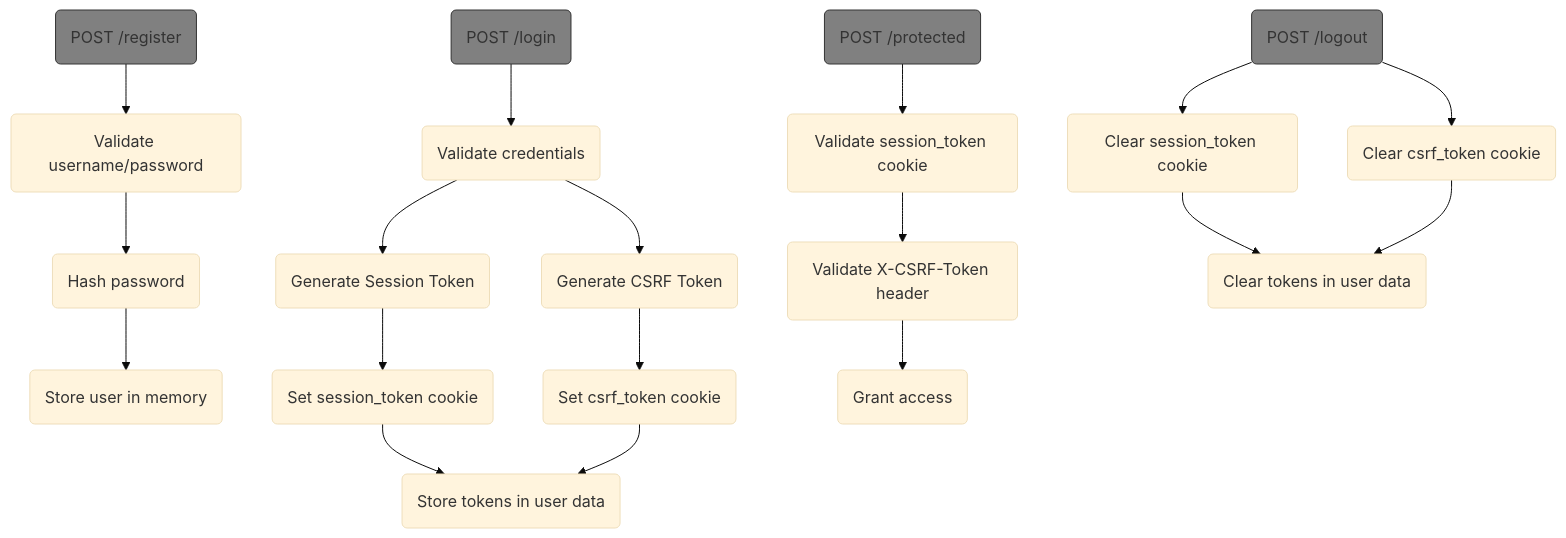
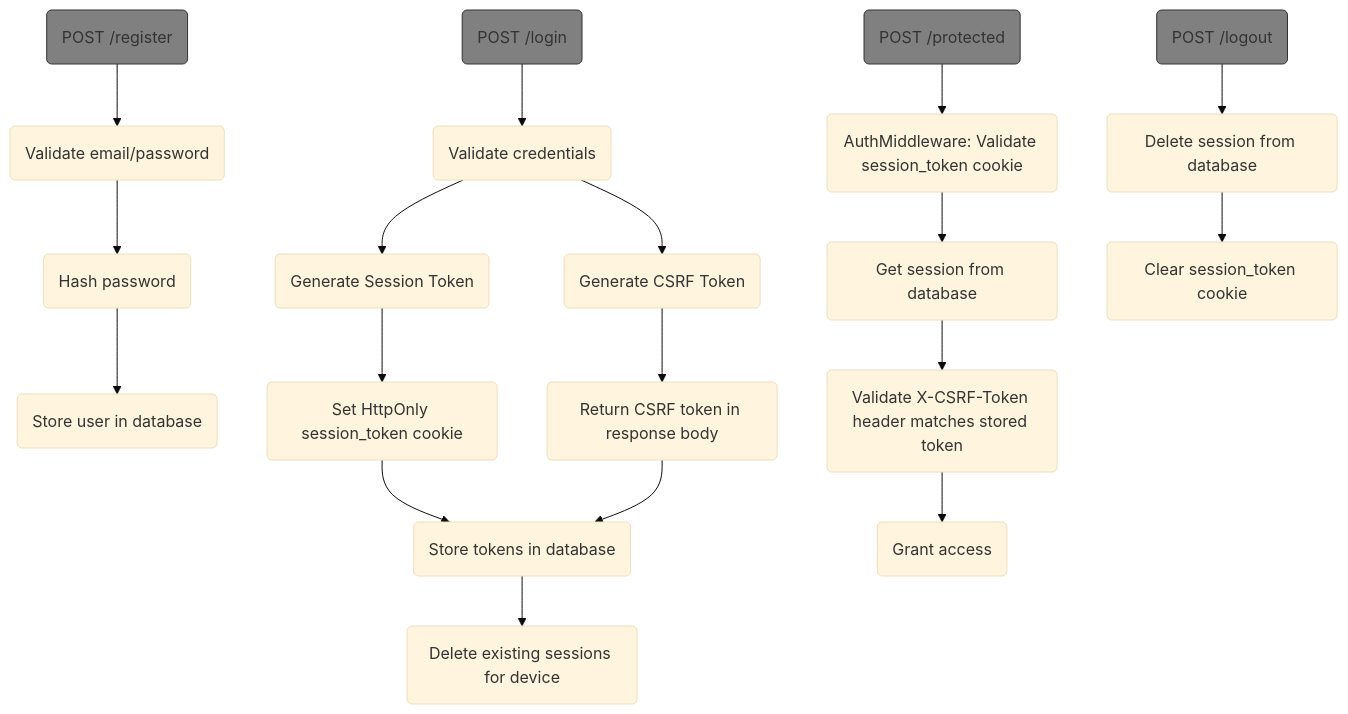
The diagram in docs/auth_workflow.md (ncg200101-lab/camp-backend), drawn with Mermaid (base theme) before and after one commit. The commit also changed other lines of this file and 24 other files, not shown here.

````diff
--- a/docs/auth_workflow.md
+++ b/docs/auth_workflow.md
@@ -3,28 +3,28 @@
 ```mermaid
 flowchart TD
-    A(POST /register) --> B(Validate username/password)
+    A(POST /register) --> B(Validate email/password)
     B --> C(Hash password)
-    C --> D(Store user in memory)
+    C --> D(Store user in database)
 
     E(POST /login) --> F(Validate credentials)
     F --> G(Generate Session Token)
     F --> H(Generate CSRF Token)
-    G --> I(Set session_token cookie)
-    H --> J(Set csrf_token cookie)
-    I --> K(Store tokens in user data)
-    J --> K(Store tokens in user data)
+    G --> I(Set HttpOnly session_token cookie)
+    H --> J(Return CSRF token in response body)
+    I --> K(Store tokens in database)
+    J --> K(Store tokens in database)
+    K --> L(Delete existing sessions for device)
 
-    L(POST /protected) --> M(Validate session_token cookie)
-    M --> N(Validate X-CSRF-Token header)
-    N --> O(Grant access)
+    M(POST /protected) --> N(AuthMiddleware: Validate session_token cookie)
+    N --> O(Get session from database)
+    O --> P(Validate X-CSRF-Token header matches stored token)
+    P --> Q(Grant access)
 
-    P(POST /logout) --> Q(Clear session_token cookie)
-    P --> R(Clear csrf_token cookie)
-    Q --> S(Clear tokens in user data)
-    R --> S(Clear tokens in user data)
+    R(POST /logout) --> S(Delete session from database)
+    S --> T(Clear session_token cookie)
 
     style A fill: #808080,stroke:#333
     style E fill: #808080,stroke:#333
-    style L fill: #808080,stroke:#333
-    style P fill: #808080,stroke:#333
+    style M fill: #808080,stroke:#333
+    style R fill: #808080,stroke:#333
 ```
````
